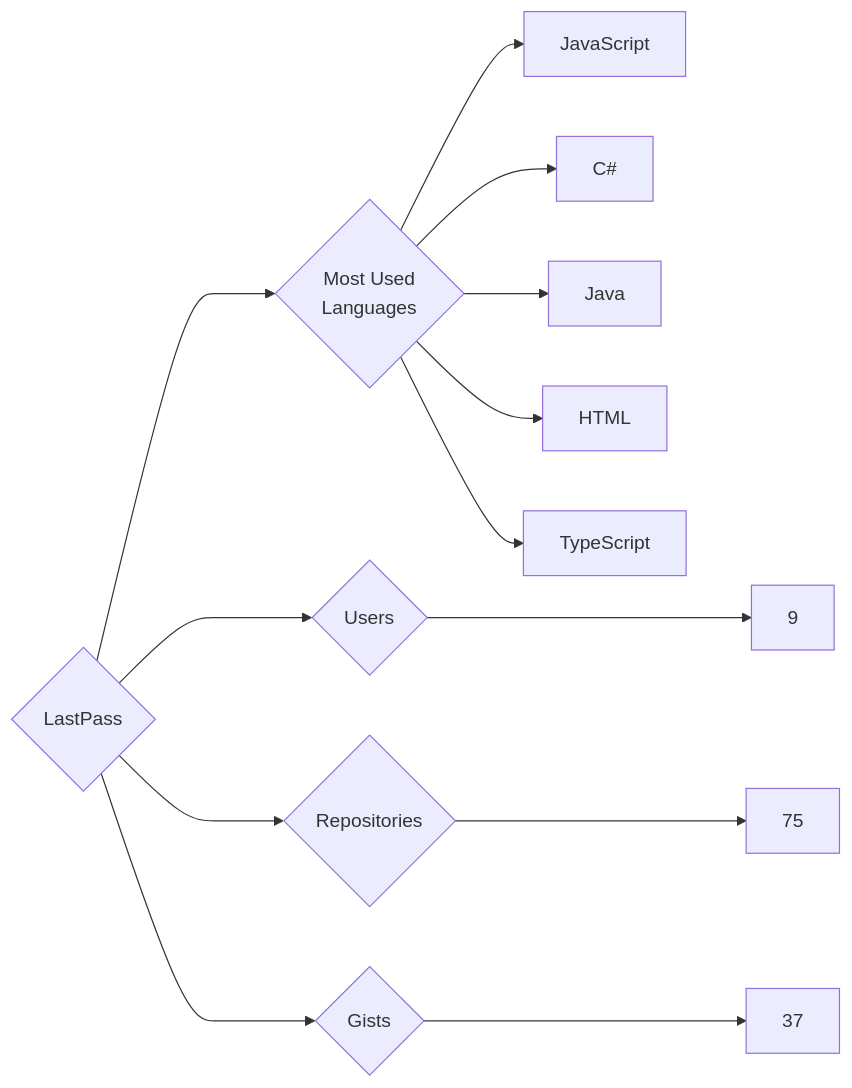
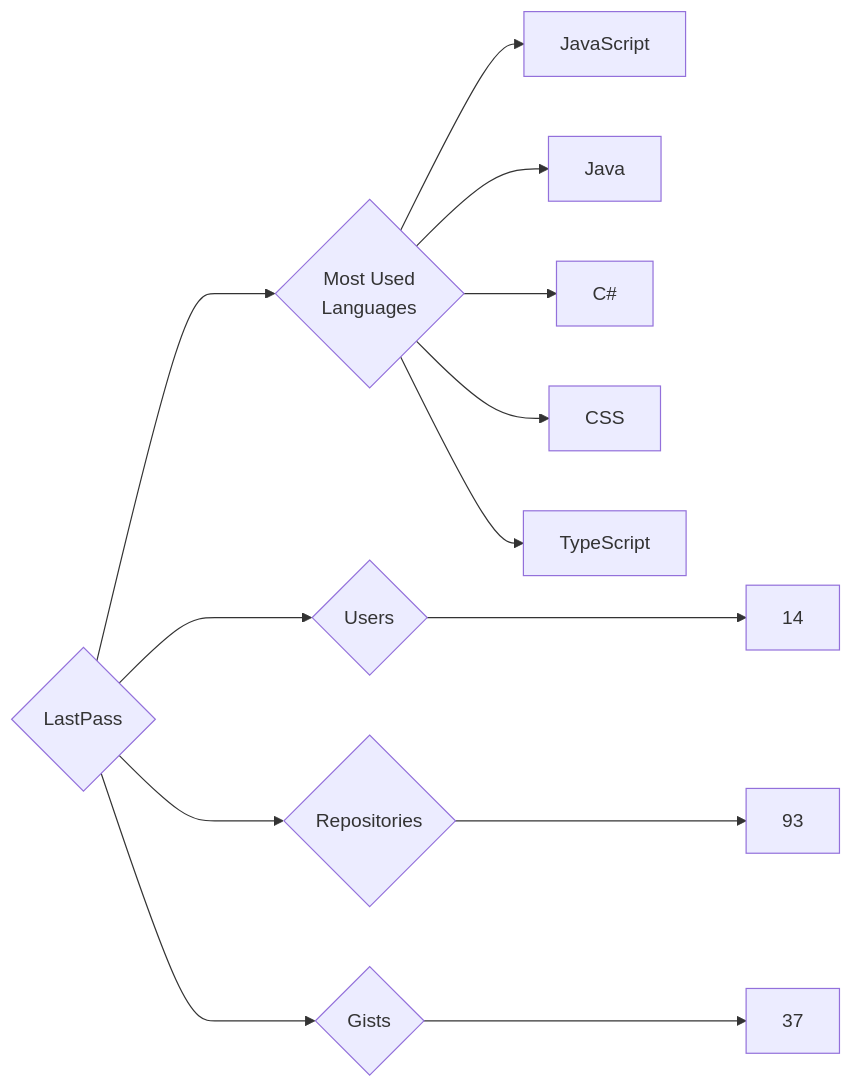
One commit to trickest/insiders changed the diagram in targets/LastPass/README.md. Above: the diagram before and after it, drawn with Mermaid. The commit also changed 925 other files, not shown here.

````diff
--- a/targets/LastPass/README.md
+++ b/targets/LastPass/README.md
@@ -3,13 +3,13 @@
 ```mermaid
 graph LR
 COMPANY_NAME{LastPass}
-COMPANY_NAME ---> U{Users} ---> UN[9]
-COMPANY_NAME ---> R{Repositories} ---> RN[75]
+COMPANY_NAME ---> U{Users} ---> UN[14]
+COMPANY_NAME ---> R{Repositories} ---> RN[93]
 COMPANY_NAME ---> G{Gists} ---> GN[37]
 COMPANY_NAME ---> ML{Most Used<br>Languages}
 ML --> JavaScript[JavaScript]
+ML --> Java[Java]
 ML --> C#[C#]
-ML --> Java[Java]
-ML --> HTML[HTML]
+ML --> CSS[CSS]
 ML --> TypeScript[TypeScript]
 ```
````
